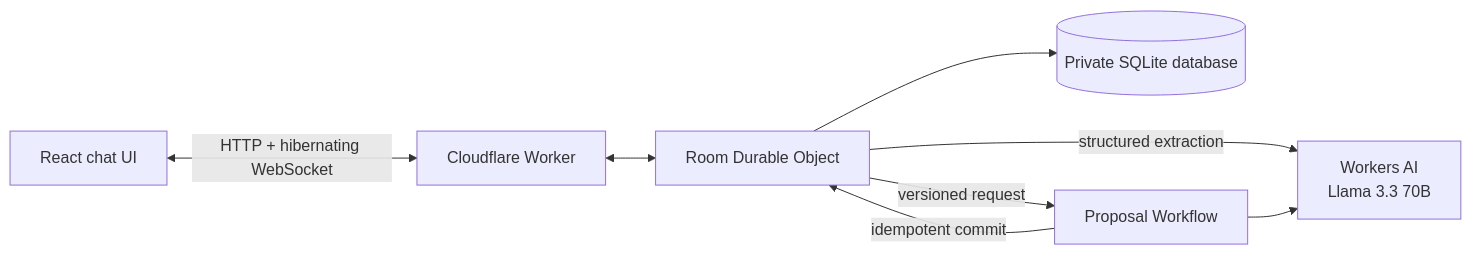
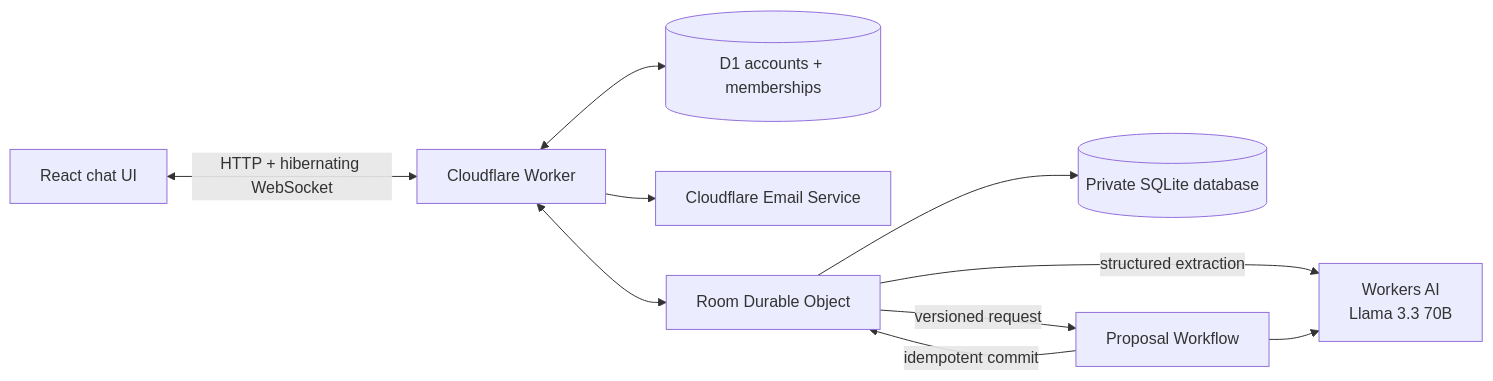
Before and after one commit to beejmaxx/fanpilot-cloudflare-ai-apps: the diagram in README.md, drawn with Mermaid. The commit also changed other lines of this file and 15 other files, not shown here.

````diff
--- a/README.md
+++ b/README.md
@@ -39,10 +39,12 @@
 ```mermaid
 flowchart LR
     UI[React chat UI] <-->|HTTP + hibernating WebSocket| W[Cloudflare Worker]
+    W <--> D1[(D1 accounts + memberships)]
+    W --> EMAIL[Cloudflare Email Service]
     W <--> DO[Room Durable Object]
     DO --> SQL[(Private SQLite database)]
     DO -->|structured extraction| AI[Workers AI\nLlama 3.3 70B]
     DO -->|versioned request| WF[Proposal Workflow]
     WF --> AI
     WF -->|idempotent commit| DO
 ```
````
